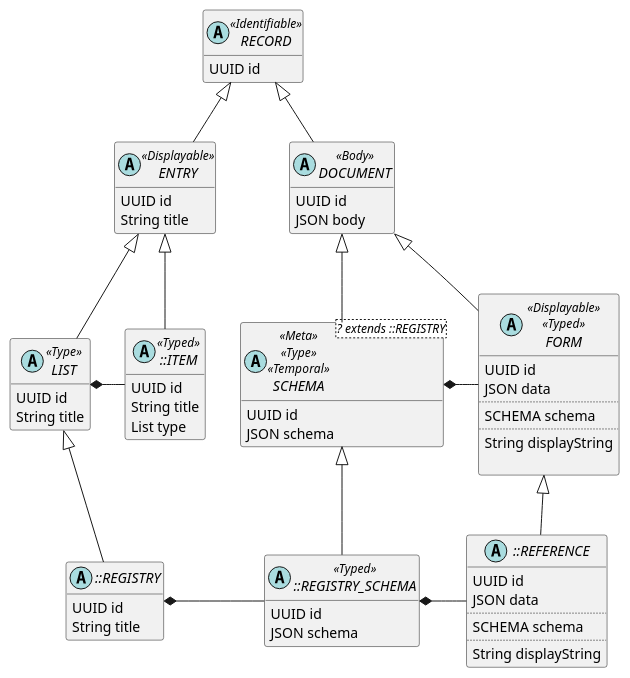
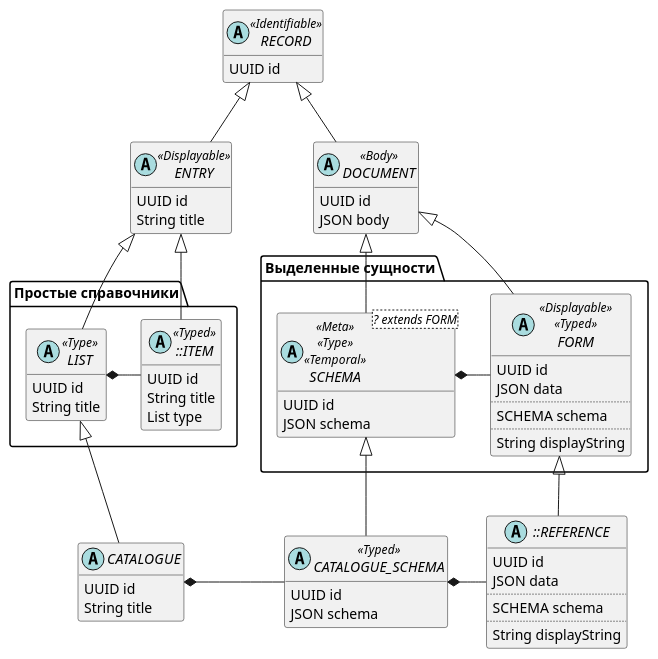
The diagram in dsl/systems/y-portal/plantuml/abstract-data-model.puml (solvo-ru/Y-Portal-c4), drawn with PlantUML before and after one commit. The commit also changed 14 other files, not shown here.

```diff
--- a/dsl/systems/y-portal/plantuml/abstract-data-model.puml
+++ b/dsl/systems/y-portal/plantuml/abstract-data-model.puml
@@ -1,132 +1,137 @@
 @startuml
 hide empty members
 interface Identifiable {
   getId()
 }
 'note left: //Идентифицируемость//\n(однозначно находится системой)
 interface Typed {
     RECORD getType()
 }
 'note left: //Классифицируемость//\n(входит в коллекцию)
 
 interface Displayable {
     String getTitle()
 }
 'note left: //Отображаемость//\n(однозначно находится человеком)
 
 interface Temporal {
     Period getLife()
 }
 'note left: //Временность//\n(имеет ограниченный срок жизни)
 
 interface Body {
     Object getBody()
 }
 'note left: //Содержательность//\n(имеет структуру/тело)
 
 interface Type {
     Record[] getRecords()
 }
 'note left: //Тип/класс//\n(является коллекцией элементов, списком)
 interface Meta {
     Object getSchema()
 }
 'note left: //Схема данных//\n(описывает структуру)
 remove Displayable
 remove Temporal
 remove Body
 remove Typed
 remove Identifiable
 remove Meta
 remove Type
 
 abstract RECORD <<Identifiable>> {
     UUID id
 }
 'note right: Запись таблицы БД
 RECORD ..|> Identifiable
 
 abstract ENTRY <<Displayable>>  {
     UUID id
     String title
 }
 'note right: Объект с наименованием
 ENTRY -up-|> RECORD
 ENTRY ..|> Displayable
 
 abstract DOCUMENT <<Body>> {
     UUID id
     JSON body
 }
 DOCUMENT -up-|> RECORD
 DOCUMENT ..|> Body
-
+namespace "Простые справочники" as simple {
+abstract LIST <<Type>> {
+    UUID id
+    String title
+}
 abstract ::ITEM <<Typed>>{
     UUID id
     String title
     List type
 }
+}
 'note right: Элемент простого списка
 ::ITEM -up-|> ENTRY
 ::ITEM ..|> Typed
 
-abstract LIST <<Type>> {
-    UUID id
-    String title
-}
+
 LIST -up-|> ENTRY
 ::ITEM -left-* LIST
 
 
-abstract ::REGISTRY {
+
+
+namespace "Выделенные сущности" as single {
+    abstract SCHEMA<? extends FORM> <<Meta>> <<Type>> <<Temporal>>{
+        UUID id
+        JSON schema
+    }
+    abstract FORM <<Displayable>> <<Typed>>  {
+        UUID id
+        JSON data
+        ....
+        SCHEMA schema
+        ....
+        String displayString
+    }
+}
+SCHEMA ..|> Type
+SCHEMA ..|> Meta
+SCHEMA -up-|> DOCUMENT
+FORM ..|> Typed
+FORM ..|> Displayable
+FORM -up-|>  DOCUMENT
+FORM -left-* SCHEMA
+
+abstract CATALOGUE {
     UUID id
     String title
 }
-::REGISTRY -up-|> LIST
+CATALOGUE -up-|> LIST
 
-abstract SCHEMA<? extends ::REGISTRY> <<Meta>> <<Type>> <<Temporal>>{
+abstract CATALOGUE_SCHEMA <<Typed>>{
     UUID id
     JSON schema
 }
-
-abstract ::REGISTRY_SCHEMA <<Typed>>{
-    UUID id
-    JSON schema
-}
-::REGISTRY_SCHEMA -up-|> SCHEMA
-
-::REGISTRY_SCHEMA -left-* ::REGISTRY
-
 abstract ::REFERENCE {
     UUID id
     JSON data
     ....
     SCHEMA schema
     ....
     String displayString
 }
-::REFERENCE -left-* ::REGISTRY_SCHEMA
+CATALOGUE_SCHEMA -up-|> SCHEMA
+CATALOGUE_SCHEMA -left-* CATALOGUE
+
+
+::REFERENCE -left-* CATALOGUE_SCHEMA
 ::REFERENCE -up-|> FORM
 ::REFERENCE ..|> Body
 
-abstract FORM <<Displayable>> <<Typed>>  {
-    UUID id
-    JSON data
-    ....
-    SCHEMA schema
-    ....
-    String displayString
-
-}
-FORM ..|> Typed
-FORM ..|> Displayable
-FORM -up-|>  DOCUMENT
-FORM -left-* SCHEMA
-
-SCHEMA ..|> Type
-SCHEMA ..|> Meta
 
 
-SCHEMA -up-|> DOCUMENT
+
 
 @enduml
```
